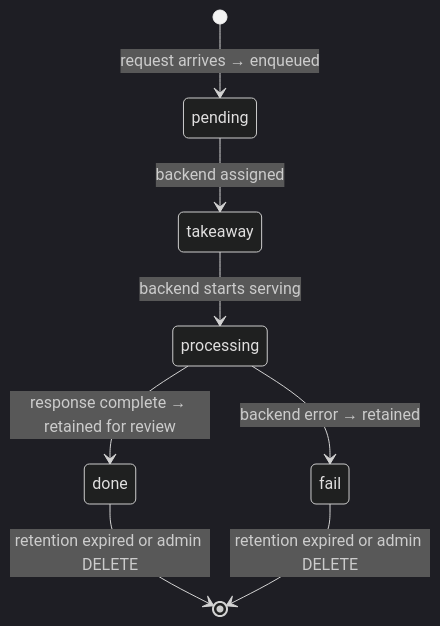
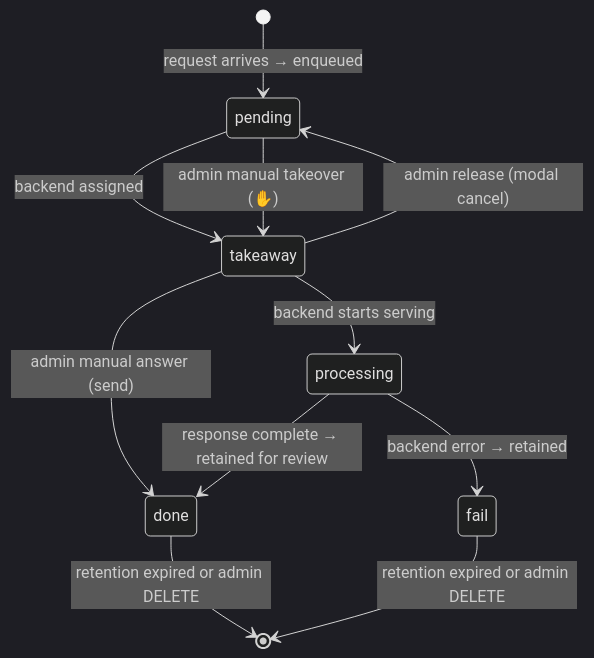
One commit to vibealab/cllama changed the diagram in wiki/what-is-request-lifecycle.md. Above: the diagram before and after it, drawn with Mermaid (dark theme). The commit also changed other lines of this file and 9 other files, not shown here.

````diff
--- a/wiki/what-is-request-lifecycle.md
+++ b/wiki/what-is-request-lifecycle.md
@@ -18,10 +18,13 @@
 ```mermaid
 stateDiagram-v2
     [*] --> pending : request arrives → enqueued
     pending --> takeaway : backend assigned
+    pending --> takeaway : admin manual takeover (✋)
+    takeaway --> pending : admin release (modal cancel)
     takeaway --> processing : backend starts serving
+    takeaway --> done : admin manual answer (send)
     processing --> done : response complete → retained for review
     processing --> fail : backend error → retained
     done --> [*] : retention expired or admin DELETE
     fail --> [*] : retention expired or admin DELETE
 ```
````
